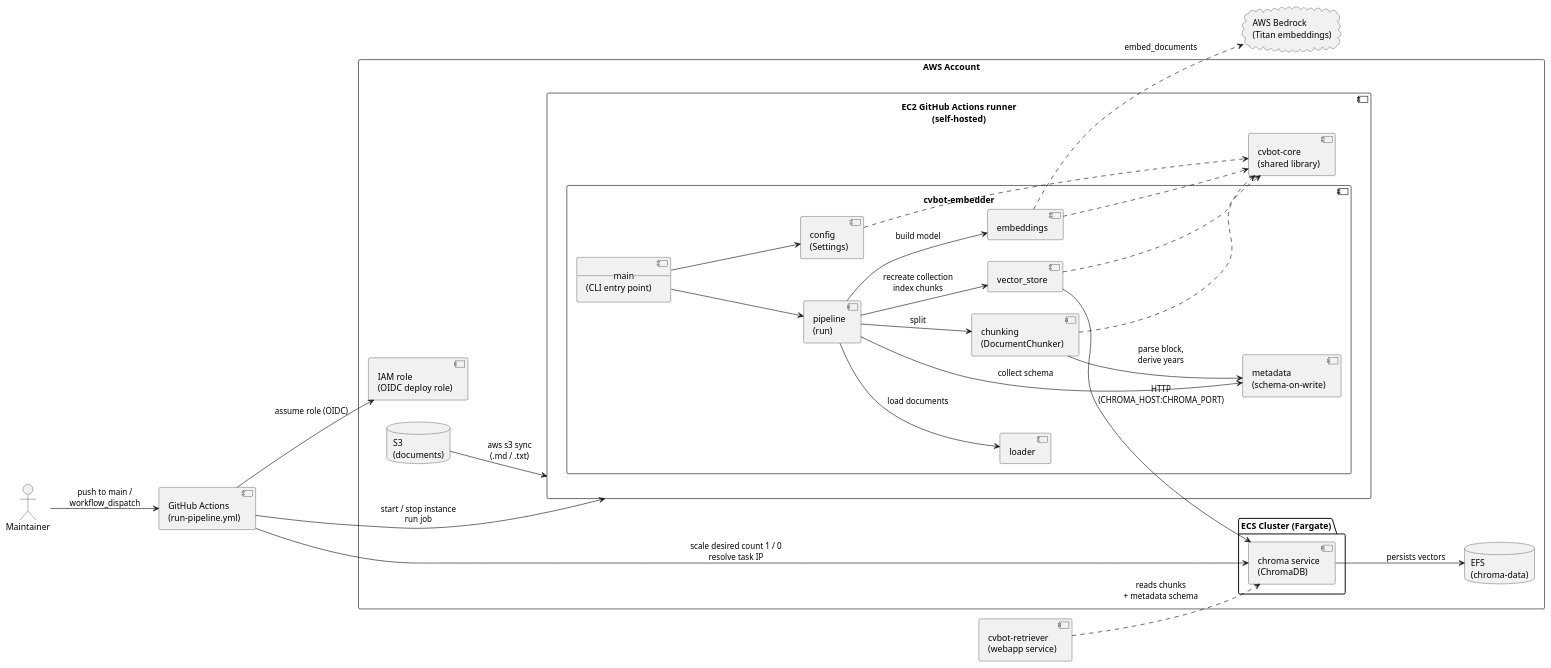
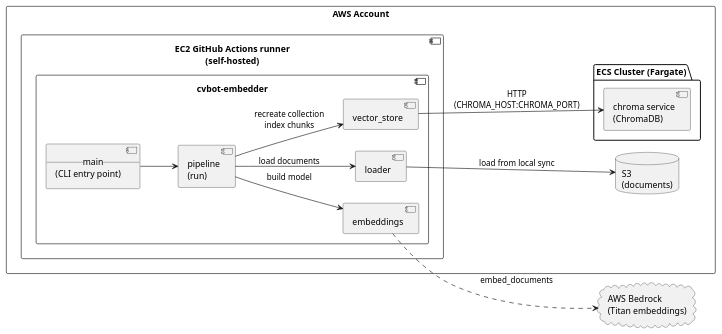
One commit to Fabian-Winter/cvbot-embedder changed the diagram in docs/components.puml. Above: the diagram before and after it, drawn with PlantUML.

Commit message:
simplify component diagram

```diff
--- a/docs/components.puml
+++ b/docs/components.puml
@@ -1,59 +1,33 @@
 @startuml
 left to right direction
 
-actor "Maintainer" as maintainer
-component "GitHub Actions\n(run-pipeline.yml)" as gha
 cloud "AWS Bedrock\n(Titan embeddings)" as bedrock
 
 rectangle "AWS Account" {
-  component "IAM role\n(OIDC deploy role)" as iam
   database "S3\n(documents)" as s3
 
   component "EC2 GitHub Actions runner\n(self-hosted)" as runner {
     component "cvbot-embedder" as embedder {
       component "__main__\n(CLI entry point)" as main
-      component "config\n(Settings)" as config
       component "pipeline\n(run)" as pipeline
       component "loader" as loader
-      component "chunking\n(DocumentChunker)" as chunking
-      component "metadata\n(schema-on-write)" as metadata
       component "embeddings" as embeddings
       component "vector_store" as vstore
     }
-    component "cvbot-core\n(shared library)" as core
   }
 
   package "ECS Cluster (Fargate)" {
     component "chroma service\n(ChromaDB)" as chroma
   }
-  database "EFS\n(chroma-data)" as efs
 }
 
-component "cvbot-retriever\n(webapp service)" as retriever
-
-maintainer --> gha : push to main /\nworkflow_dispatch
-gha --> iam : assume role (OIDC)
-gha --> runner : start / stop instance\nrun job
-gha --> chroma : scale desired count 1 / 0\nresolve task IP
-
-s3 --> runner : aws s3 sync\n(.md / .txt)
-
-main --> config
 main --> pipeline
-pipeline --> loader : load documents
-pipeline --> chunking : split
-pipeline --> metadata : collect schema
 pipeline --> embeddings : build model
 pipeline --> vstore : recreate collection\nindex chunks
-chunking --> metadata : parse block,\nderive years
+pipeline --> loader : load documents
 
-config ..> core
-embeddings ..> core
-vstore ..> core
-chunking ..> core
+loader --> s3 : load from local sync
 
 vstore --> chroma : HTTP\n(CHROMA_HOST:CHROMA_PORT)
 embeddings ..> bedrock : embed_documents
-chroma --> efs : persists vectors
-retriever ..> chroma : reads chunks\n+ metadata schema
 @enduml
```
